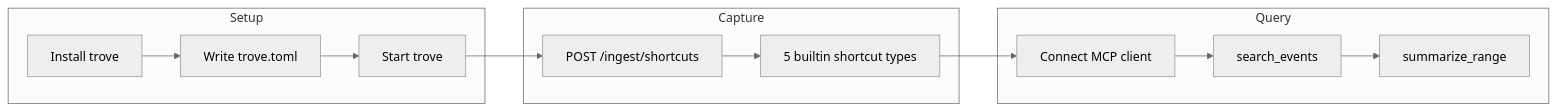
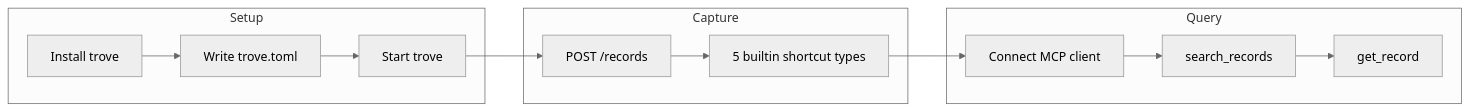
Before and after one commit to joshmcarthur/trove-project: the diagram in docs/getting-started/try-in-a-day.md, drawn with Mermaid (neutral theme). The commit also changed other lines of this file and 18 other files, not shown here.

````diff
--- a/docs/getting-started/try-in-a-day.md
+++ b/docs/getting-started/try-in-a-day.md
@@ -17,18 +17,18 @@
 ```mermaid
 flowchart LR
   subgraph morning [Setup]
     install[Install trove]
     config[Write trove.toml]
     run[Start trove]
   end
   subgraph afternoon [Capture]
-    curl[POST /ingest/shortcuts]
+    curl[POST /records]
     types[5 builtin shortcut types]
   end
   subgraph evening [Query]
     mcp[Connect MCP client]
-    search[search_events]
-    summary[summarize_range]
+    search[search_records]
+    get[get_record]
   end
-  install --> config --> run --> curl --> types --> mcp --> search --> summary
+  install --> config --> run --> curl --> types --> mcp --> search --> get
 ```
````
